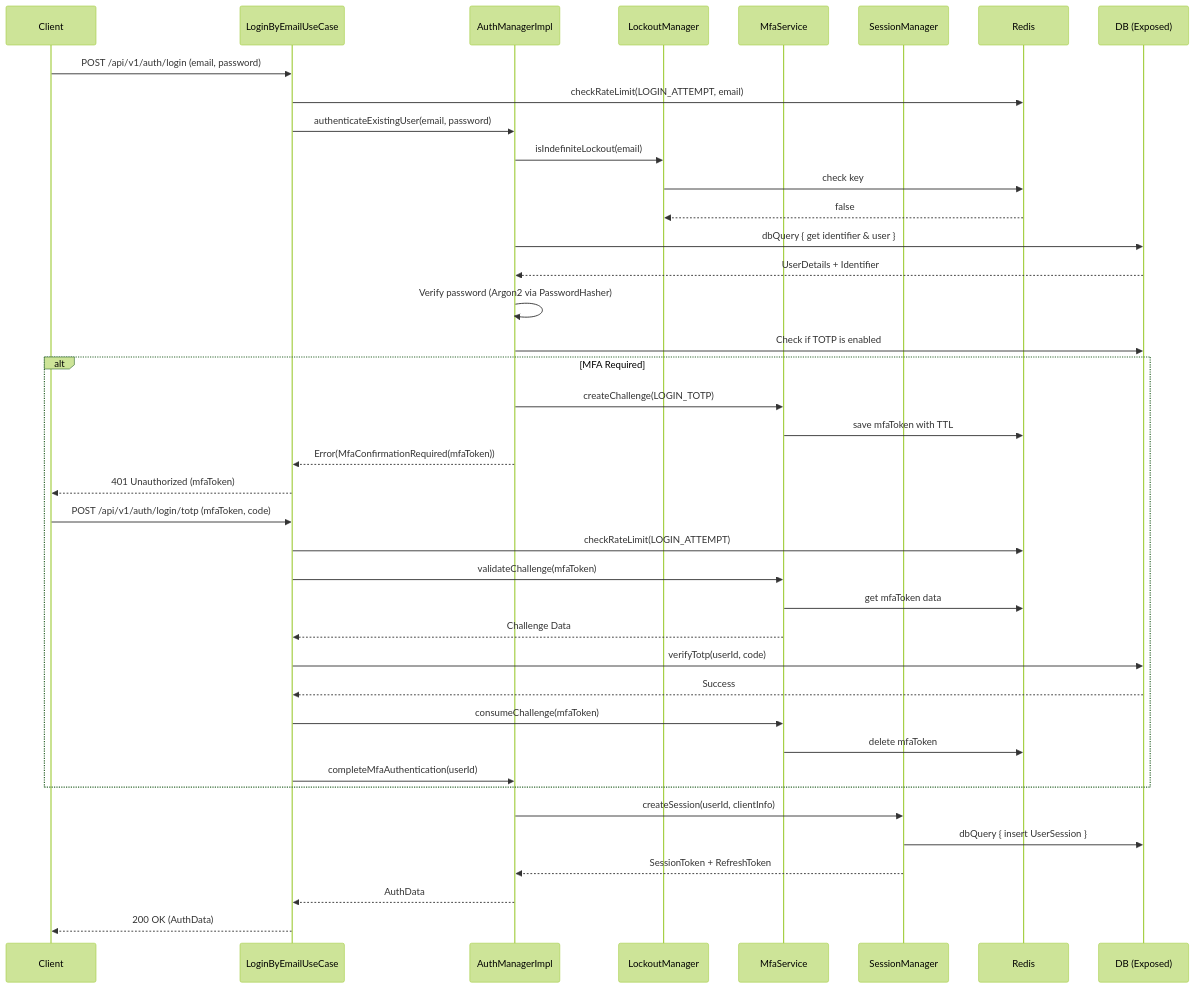
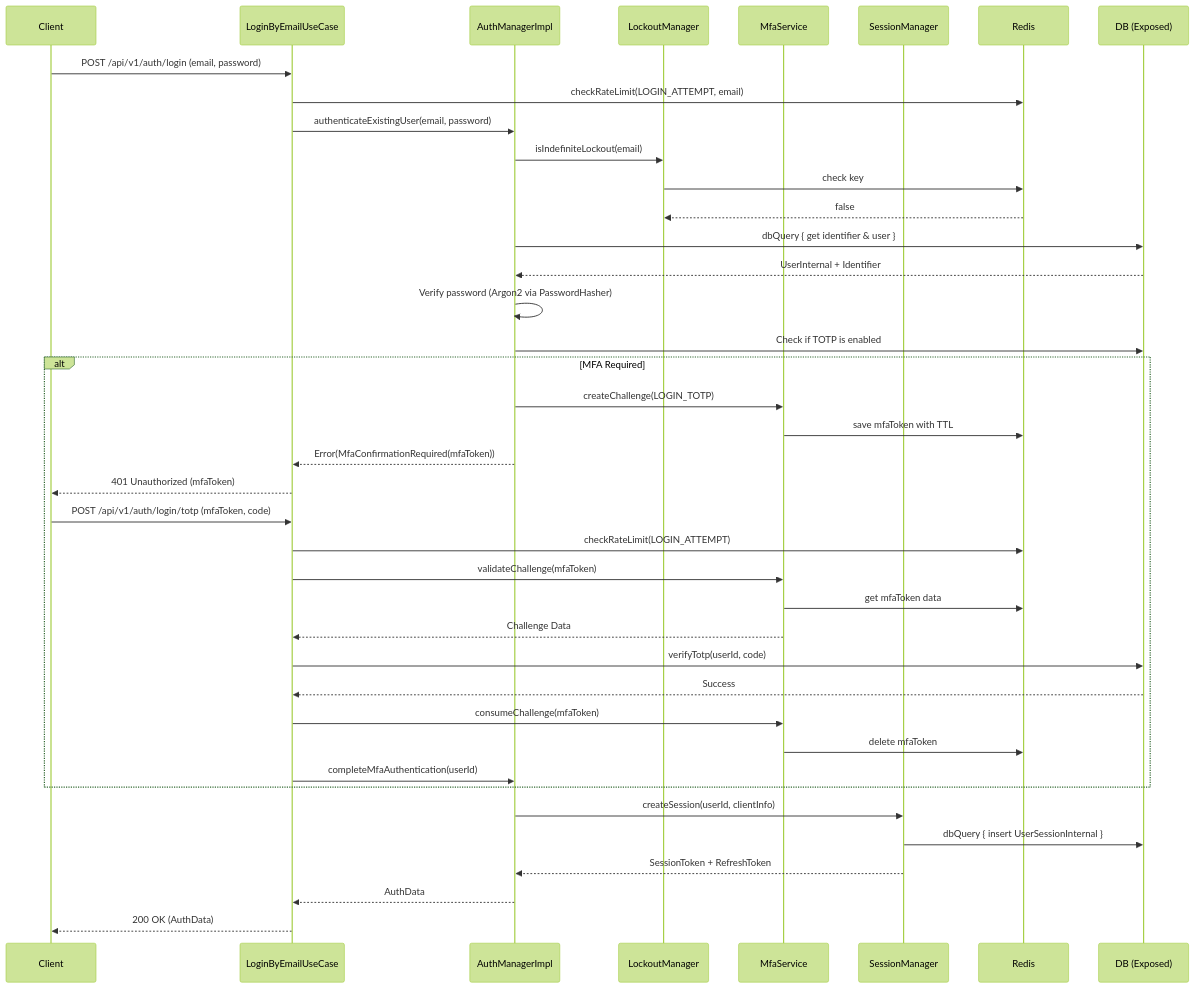
Before and after one commit to mudrichenkoevgeny/backend-platform-sdk: the second of 5 diagrams in docs/architecture/flows/authentication.md, drawn with Mermaid (forest theme). The commit also changed other lines of this file and 25 other files, not shown here.

````diff
--- a/docs/architecture/flows/authentication.md
+++ b/docs/architecture/flows/authentication.md
@@ -61,52 +61,52 @@
 ```mermaid
 sequenceDiagram
     participant Client
     participant Ktor as LoginByEmailUseCase
     participant AuthManager as AuthManagerImpl
     participant Lockout as LockoutManager
     participant MfaService as MfaService
     participant Session as SessionManager
     participant Redis
     participant Postgres as DB (Exposed)
 
     Client->>Ktor: POST /api/v1/auth/login (email, password)
     Ktor->>Redis: checkRateLimit(LOGIN_ATTEMPT, email)
     Ktor->>AuthManager: authenticateExistingUser(email, password)
     
     AuthManager->>Lockout: isIndefiniteLockout(email)
     Lockout->>Redis: check key
     Redis-->>Lockout: false
 
     AuthManager->>Postgres: dbQuery { get identifier & user }
-    Postgres-->>AuthManager: UserDetails + Identifier
+    Postgres-->>AuthManager: UserInternal + Identifier
     
     AuthManager->>AuthManager: Verify password (Argon2 via PasswordHasher)
 
     AuthManager->>Postgres: Check if TOTP is enabled
     alt MFA Required
         AuthManager->>MfaService: createChallenge(LOGIN_TOTP)
         MfaService->>Redis: save mfaToken with TTL
         AuthManager-->>Ktor: Error(MfaConfirmationRequired(mfaToken))
         Ktor-->>Client: 401 Unauthorized (mfaToken)
         
         Client->>Ktor: POST /api/v1/auth/login/totp (mfaToken, code)
         Ktor->>Redis: checkRateLimit(LOGIN_ATTEMPT)
         Ktor->>MfaService: validateChallenge(mfaToken)
         MfaService->>Redis: get mfaToken data
         MfaService-->>Ktor: Challenge Data
 
         Ktor->>Postgres: verifyTotp(userId, code)
         Postgres-->>Ktor: Success
 
         Ktor->>MfaService: consumeChallenge(mfaToken)
         MfaService->>Redis: delete mfaToken
 
         Ktor->>AuthManager: completeMfaAuthentication(userId)
     end
 
     AuthManager->>Session: createSession(userId, clientInfo)
-    Session->>Postgres: dbQuery { insert UserSession }
+    Session->>Postgres: dbQuery { insert UserSessionInternal }
     Session-->>AuthManager: SessionToken + RefreshToken
     AuthManager-->>Ktor: AuthData
     Ktor-->>Client: 200 OK (AuthData)
 ```
````
